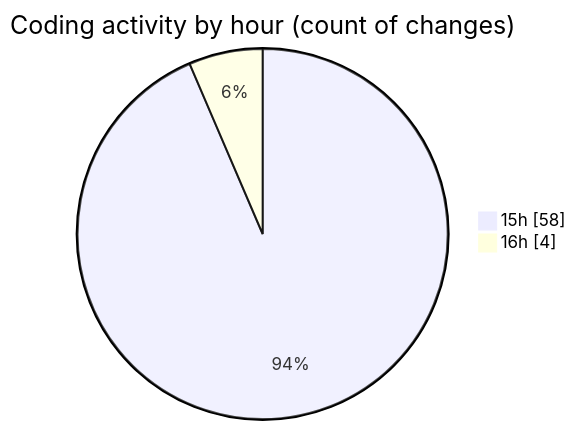
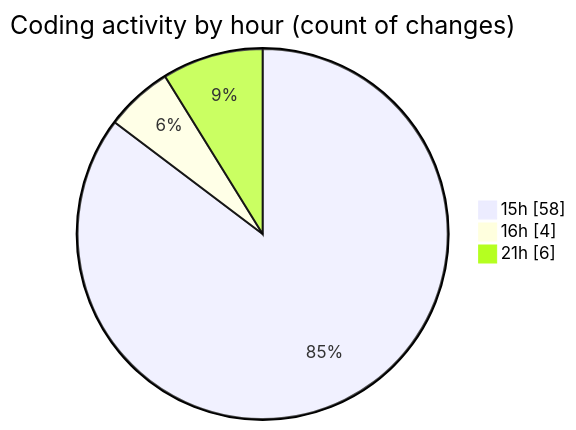
The second of 2 diagrams in 2026-01-22/cda-web-components/README.md (momahboobian/code-tracking), drawn with Mermaid before and after one commit. The commit also changed other lines of this file and 1 other file, not shown here.

````diff
--- a/2026-01-22/cda-web-components/README.md
+++ b/2026-01-22/cda-web-components/README.md
@@ -68,6 +68,7 @@
 ```mermaid
 pie showData
 title Coding activity by hour (count of changes)
 "15h" : 58
 "16h" : 4
+"21h" : 6
 ```
````
